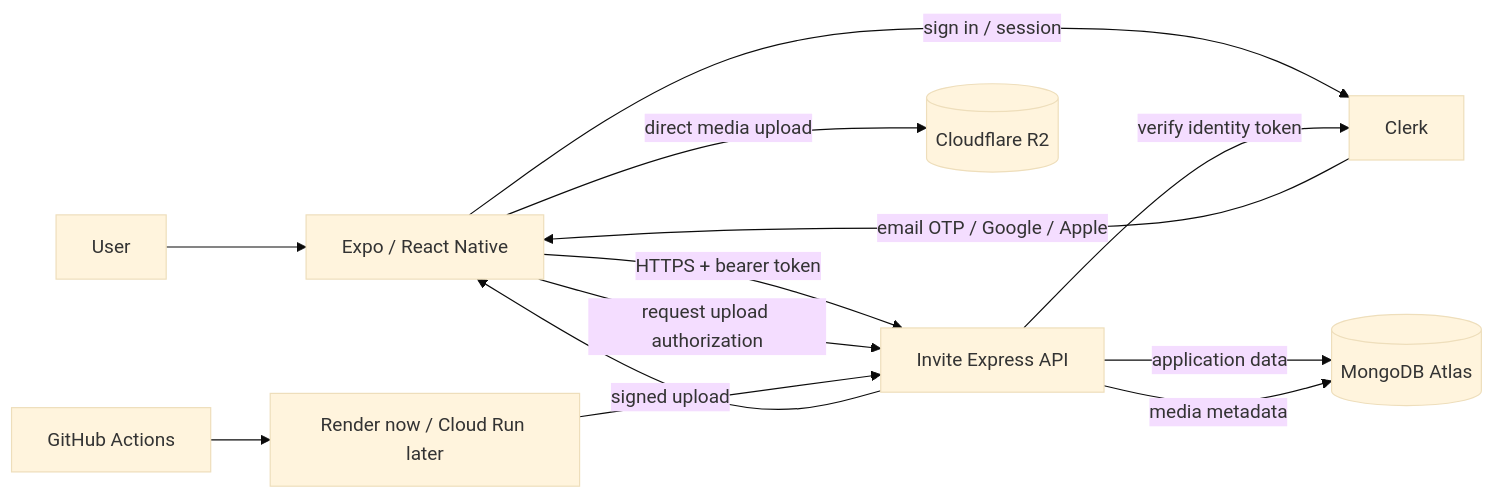
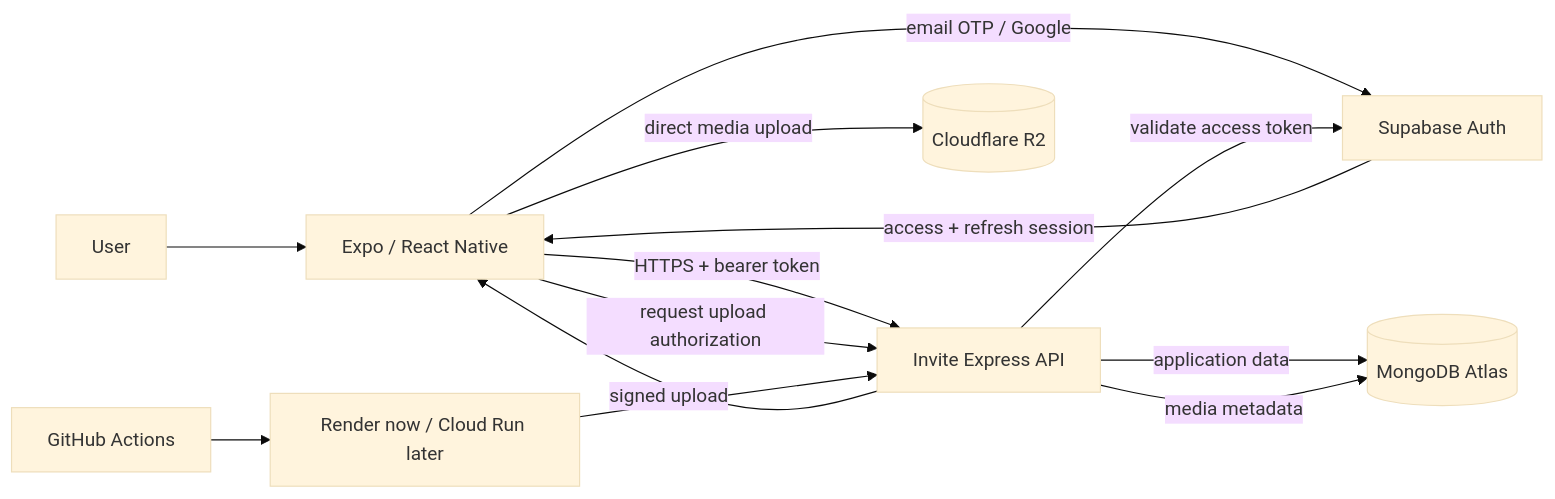
Before and after one commit to charifmahmoudi/Invite-someone-app: the first of 3 diagrams in docs/ARCHITECTURE.md, drawn with Mermaid (base theme). The commit also changed other lines of this file, not shown here.

Commit message:
docs: make Supabase Auth the target identity architecture

````diff
--- a/docs/ARCHITECTURE.md
+++ b/docs/ARCHITECTURE.md
@@ -22,15 +31,15 @@
 ```mermaid
 flowchart LR
   User[User] --> App[Expo / React Native]
-  App -->|sign in / session| Clerk[Clerk]
-  Clerk -->|email OTP / Google / Apple| App
+  App -->|email OTP / Google| Auth[Supabase Auth]
+  Auth -->|access + refresh session| App
   App -->|HTTPS + bearer token| API[Invite Express API]
-  API -->|verify identity token| Clerk
+  API -->|validate access token| Auth
   API -->|application data| Mongo[(MongoDB Atlas)]
   App -->|request upload authorization| API
   API -->|signed upload| App
   App -->|direct media upload| R2[(Cloudflare R2)]
   API -->|media metadata| Mongo
   GitHub[GitHub Actions] --> Host[Render now / Cloud Run later]
   Host --> API
 ```
````
